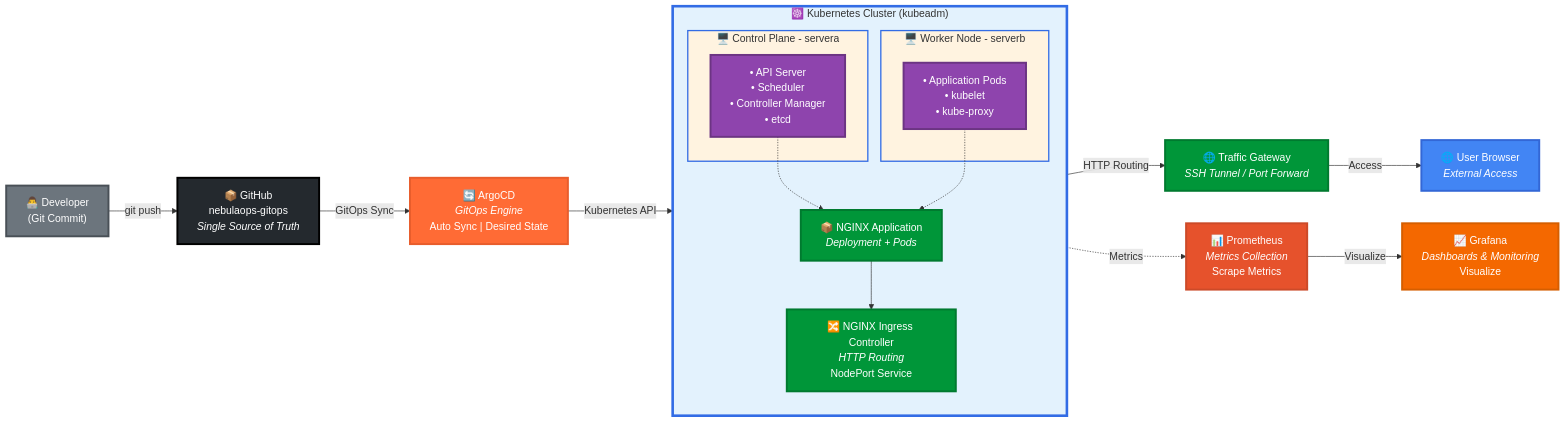
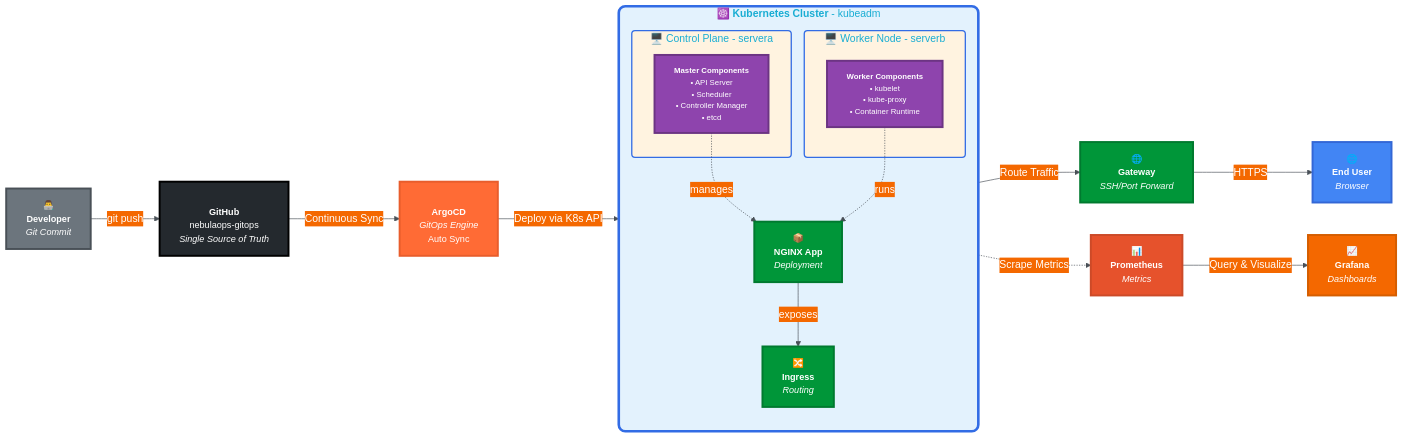
The second of 12 diagrams in README.md (Saifudheenpv/NebulaOps), drawn with Mermaid before and after one commit. The commit also changed other lines of this file, not shown here.

````diff
--- a/README.md
+++ b/README.md
@@ -178,61 +110,62 @@
 ```mermaid
+%%{init: {'theme':'base', 'themeVariables': { 'primaryColor':'#326ce5','primaryTextColor':'#fff','primaryBorderColor':'#2559c7','lineColor':'#495057','secondaryColor':'#f46800','tertiaryColor':'#e6522c'}}}%%
 graph LR
     %% Styling
-    classDef developerStyle fill:#6c757d,stroke:#495057,stroke-width:3px,color:#fff
-    classDef githubStyle fill:#24292e,stroke:#000,stroke-width:3px,color:#fff
-    classDef argocdStyle fill:#ff6b35,stroke:#e85d2c,stroke-width:3px,color:#fff
-    classDef k8sStyle fill:#326ce5,stroke:#2559c7,stroke-width:3px,color:#fff
-    classDef nginxStyle fill:#009639,stroke:#007a2f,stroke-width:3px,color:#fff
-    classDef prometheusStyle fill:#e6522c,stroke:#cc4a28,stroke-width:3px,color:#fff
-    classDef grafanaStyle fill:#f46800,stroke:#d55e00,stroke-width:3px,color:#fff
-    classDef browserStyle fill:#4285f4,stroke:#3367d6,stroke-width:3px,color:#fff
-    classDef serverStyle fill:#8e44ad,stroke:#6c3483,stroke-width:3px,color:#fff
+    classDef developerStyle fill:#6c757d,stroke:#495057,stroke-width:3px,color:#fff,font-size:14px
+    classDef githubStyle fill:#24292e,stroke:#000,stroke-width:3px,color:#fff,font-size:14px
+    classDef argocdStyle fill:#ff6b35,stroke:#e85d2c,stroke-width:3px,color:#fff,font-size:14px
+    classDef k8sStyle fill:#326ce5,stroke:#2559c7,stroke-width:3px,color:#fff,font-size:14px
+    classDef nginxStyle fill:#009639,stroke:#007a2f,stroke-width:3px,color:#fff,font-size:14px
+    classDef prometheusStyle fill:#e6522c,stroke:#cc4a28,stroke-width:3px,color:#fff,font-size:14px
+    classDef grafanaStyle fill:#f46800,stroke:#d55e00,stroke-width:3px,color:#fff,font-size:14px
+    classDef browserStyle fill:#4285f4,stroke:#3367d6,stroke-width:3px,color:#fff,font-size:14px
+    classDef serverStyle fill:#8e44ad,stroke:#6c3483,stroke-width:3px,color:#fff,font-size:12px
     
     %% Main Flow
-    DEV["👨‍💻 Developer<br/>(Git Commit)"]:::developerStyle
-    GH["📦 GitHub<br/>nebulaops-gitops<br/><i>Single Source of Truth</i>"]:::githubStyle
-    ARGO["🔄 ArgoCD<br/><i>GitOps Engine</i><br/>Auto Sync | Desired State"]:::argocdStyle
+    DEV["👨‍💻<br/><b>Developer</b><br/><i>Git Commit</i>"]:::developerStyle
+    GH["<br/><b>GitHub</b><br/>nebulaops-gitops<br/><i>Single Source of Truth</i>"]:::githubStyle
+    ARGO["<br/><b>ArgoCD</b><br/><i>GitOps Engine</i><br/>Auto Sync"]:::argocdStyle
     
     %% Kubernetes Cluster
-    subgraph K8S["☸️ Kubernetes Cluster (kubeadm)"]
+    subgraph K8S["☸️ <b>Kubernetes Cluster</b> - kubeadm"]
         direction TB
         
         subgraph CP["🖥️ Control Plane - servera"]
-            CP1["• API Server<br/>• Scheduler<br/>• Controller Manager<br/>• etcd"]:::serverStyle
+            CP1["<b>Master Components</b><br/>• API Server<br/>• Scheduler<br/>• Controller Manager<br/>• etcd"]:::serverStyle
         end
         
         subgraph WN["🖥️ Worker Node - serverb"]
-            WN1["• Application Pods<br/>• kubelet<br/>• kube-proxy"]:::serverStyle
+            WN1["<b>Worker Components</b><br/>• kubelet<br/>• kube-proxy<br/>• Container Runtime"]:::serverStyle
         end
         
-        APP["📦 NGINX Application<br/><i>Deployment + Pods</i>"]:::nginxStyle
-        ING["🔀 NGINX Ingress Controller<br/><i>HTTP Routing</i><br/>NodePort Service"]:::nginxStyle
+        APP["📦<br/><b>NGINX App</b><br/><i>Deployment</i>"]:::nginxStyle
+        ING["🔀<br/><b>Ingress</b><br/><i>Routing</i>"]:::nginxStyle
         
-        CP1 -.-> APP
-        WN1 -.-> APP
-        APP --> ING
+        CP1 -.->|manages| APP
+        WN1 -.->|runs| APP
+        APP -->|exposes| ING
     end
     
-    GATEWAY["🌐 Traffic Gateway<br/><i>SSH Tunnel / Port Forward</i>"]:::nginxStyle
-    USER["🌐 User Browser<br/><i>External Access</i>"]:::browserStyle
+    GATEWAY["🌐<br/><b>Gateway</b><br/><i>SSH/Port Forward</i>"]:::nginxStyle
+    USER["🌐<br/><b>End User</b><br/><i>Browser</i>"]:::browserStyle
     
     %% Observability
-    PROM["📊 Prometheus<br/><i>Metrics Collection</i><br/>Scrape Metrics"]:::prometheusStyle
-    GRAF["📈 Grafana<br/><i>Dashboards & Monitoring</i><br/>Visualize"]:::grafanaStyle
+    PROM["📊<br/><b>Prometheus</b><br/><i>Metrics</i>"]:::prometheusStyle
+    GRAF["📈<br/><b>Grafana</b><br/><i>Dashboards</i>"]:::grafanaStyle
     
     %% Main Flow Connections
     DEV -->|"git push"| GH
-    GH -->|"GitOps Sync"| ARGO
-    ARGO -->|"Kubernetes API"| K8S
-    ING -->|"HTTP Routing"| GATEWAY
-    GATEWAY -->|"Access"| USER
+    GH -->|"Continuous Sync"| ARGO
+    ARGO -->|"Deploy via K8s API"| K8S
+    ING -->|"Route Traffic"| GATEWAY
+    GATEWAY -->|"HTTPS"| USER
     
     %% Observability Connections
-    K8S -.->|"Metrics"| PROM
-    PROM -->|"Visualize"| GRAF
+    K8S -.->|"Scrape Metrics"| PROM
+    PROM -->|"Query & Visualize"| GRAF
     
     %% Styling for subgraphs
-    style K8S fill:#e3f2fd,stroke:#326ce5,stroke-width:4px
-    style CP fill:#fff3e0,stroke:#326ce5,stroke-width:2px
-    style WN fill:#fff3e0,stroke:#326ce5,stroke-width:2px
+    style K8S fill:#e3f2fd,stroke:#326ce5,stroke-width:4px,rx:10,ry:10
+    style CP fill:#fff3e0,stroke:#326ce5,stroke-width:2px,rx:5,ry:5
+    style WN fill:#fff3e0,stroke:#326ce5,stroke-width:2px,rx:5,ry:5
 ```
````
